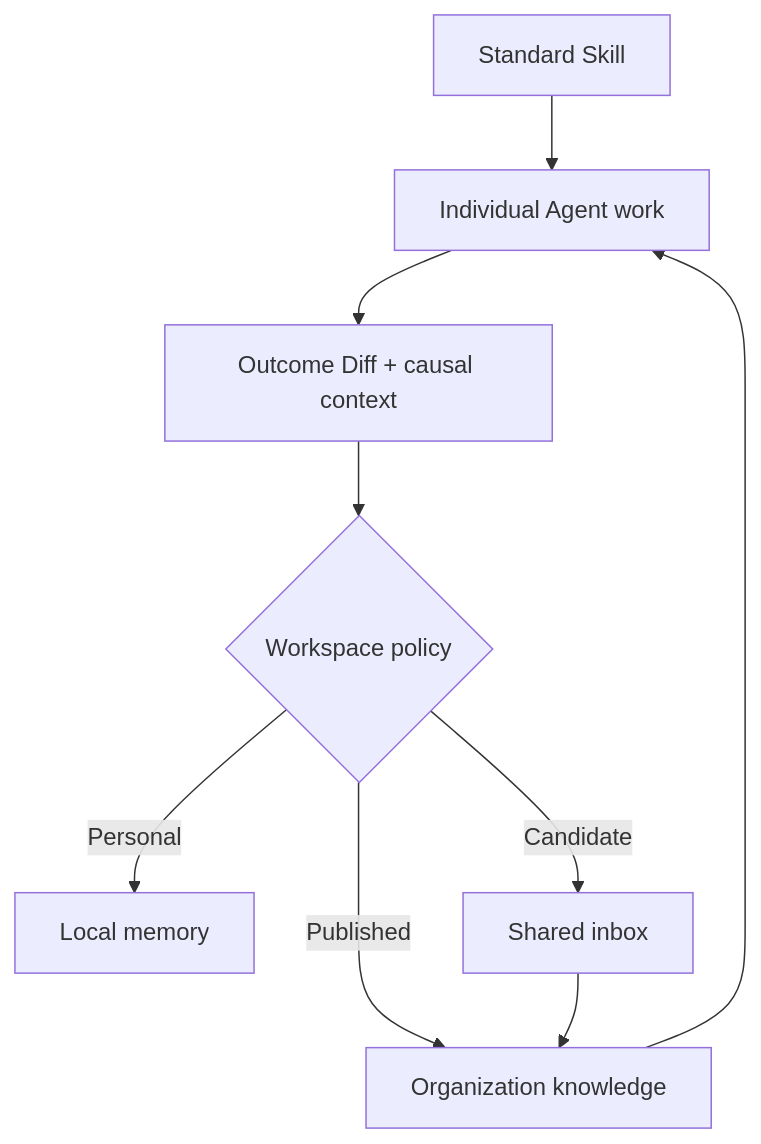
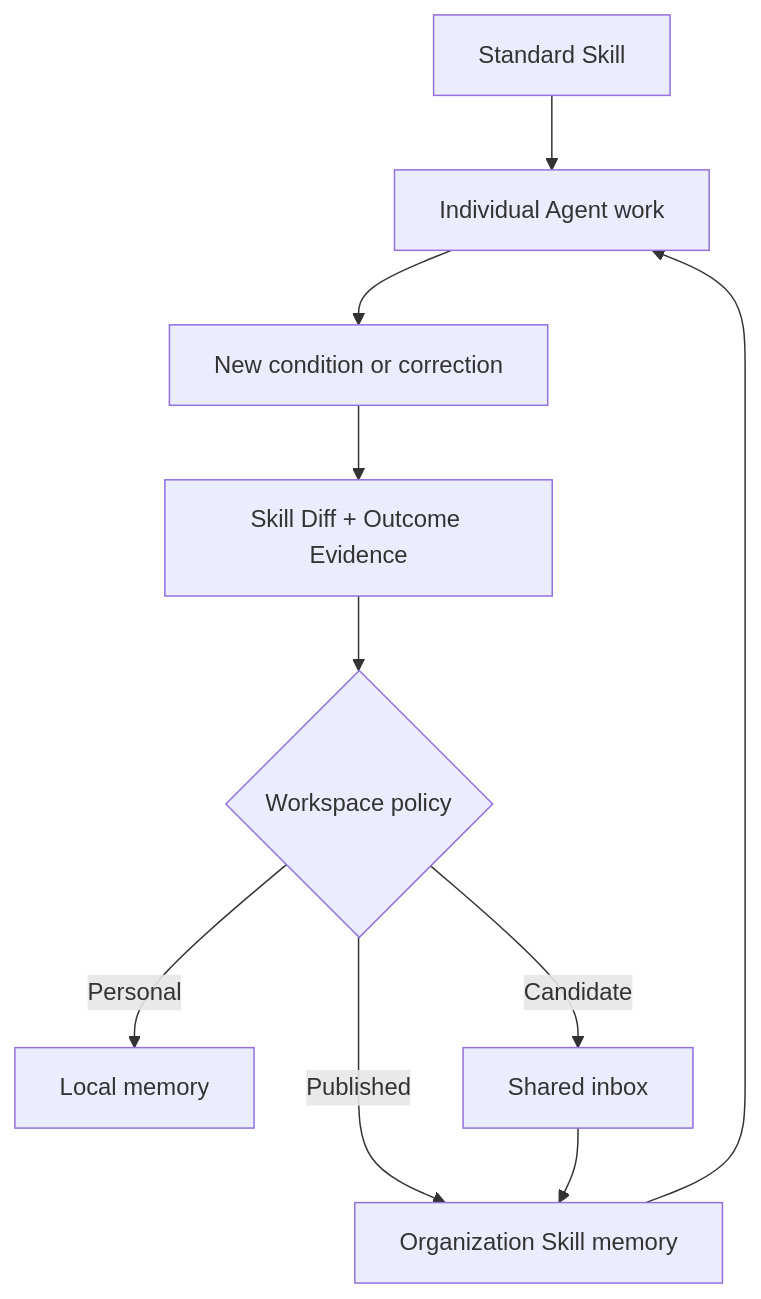
The diagram in docs/ORGANIZATION_MEMORY.md (junghoonwoo-stack/context-commit), drawn with Mermaid before and after one commit. The commit also changed other lines of this file, not shown here.

Commit message:
Update ORGANIZATION_MEMORY.md for Skill Diffs

````diff
--- a/docs/ORGANIZATION_MEMORY.md
+++ b/docs/ORGANIZATION_MEMORY.md
@@ -16,11 +15,12 @@
 ```mermaid
 flowchart TD
     A["Standard Skill"] --> B["Individual Agent work"]
-    B --> C["Outcome Diff + causal context"]
-    C --> D{"Workspace policy"}
-    D -->|Personal| E["Local memory"]
-    D -->|Candidate| F["Shared inbox"]
-    D -->|Published| G["Organization knowledge"]
-    F --> G
-    G --> B
+    B --> C["New condition or correction"]
+    C --> D["Skill Diff + Outcome Evidence"]
+    D --> E{"Workspace policy"}
+    E -->|Personal| F["Local memory"]
+    E -->|Candidate| G["Shared inbox"]
+    E -->|Published| H["Organization Skill memory"]
+    G --> H
+    H --> B
 ```
````
